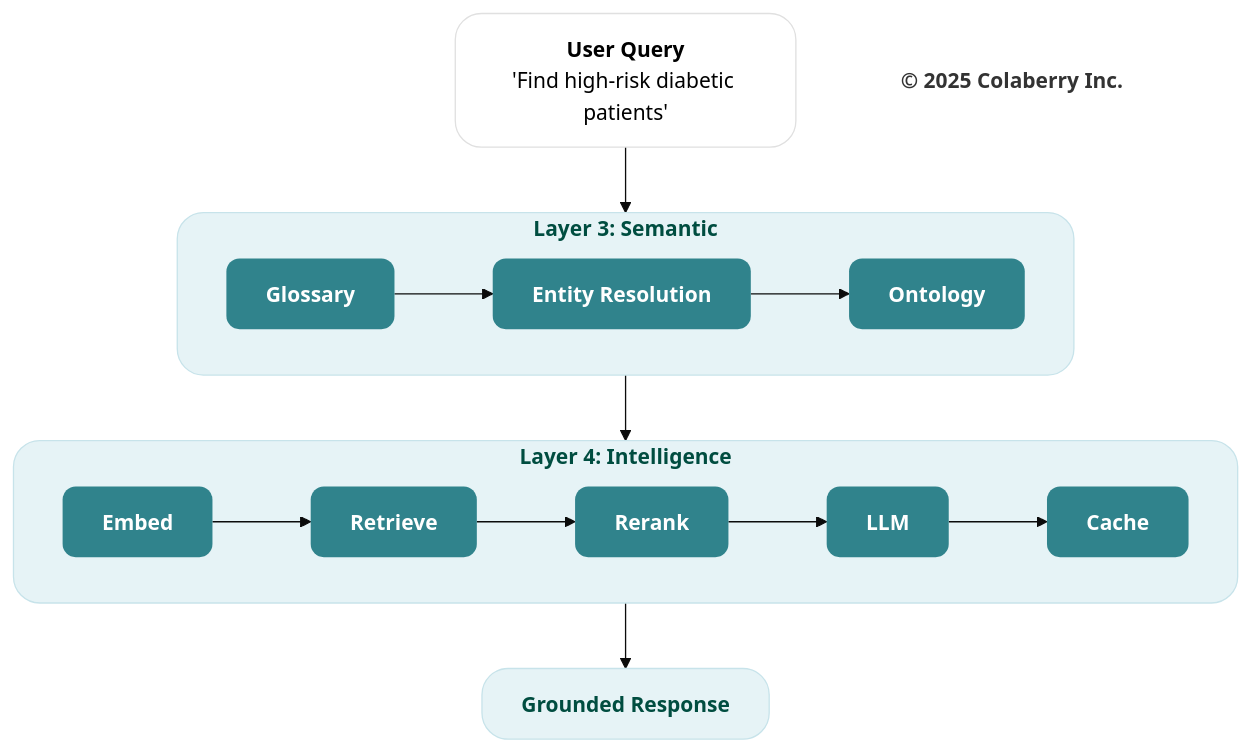
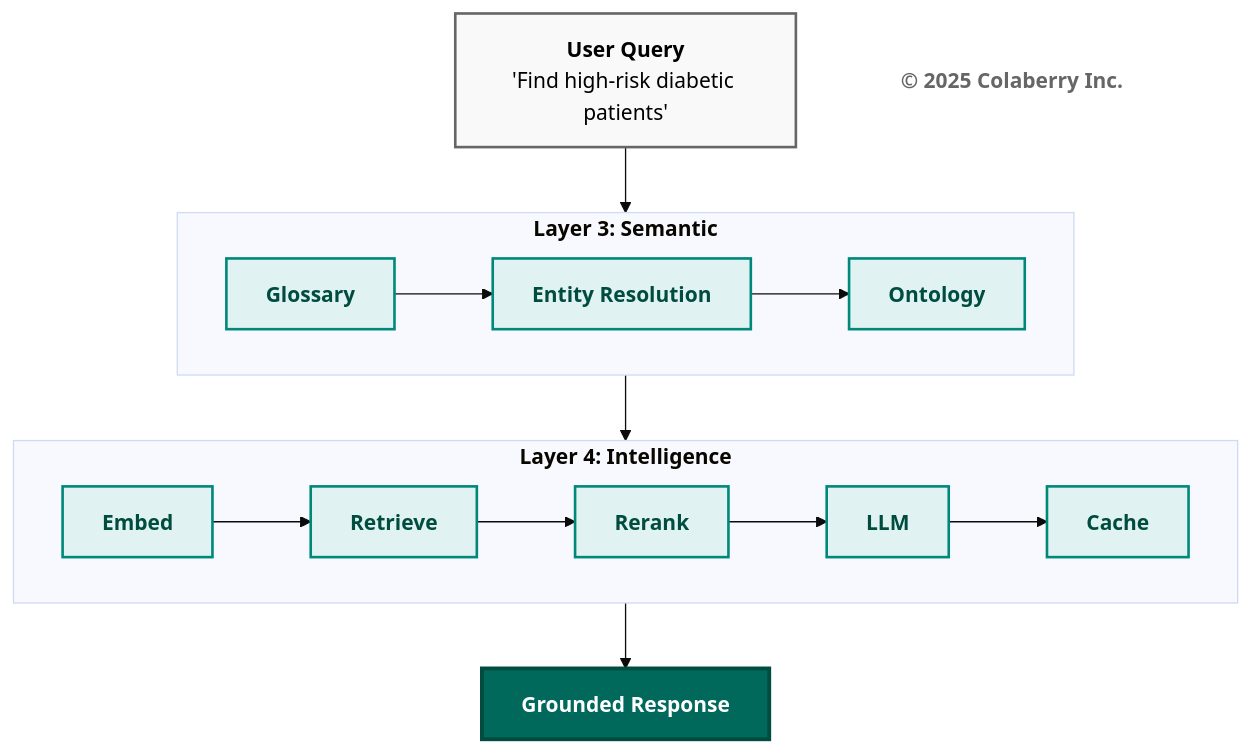
One commit to saitejesh-cyber/trust-before-intelligence-book changed diagram 13 of 13 in manuscript/06_chapter_5_intelligence_layers.md. Above: the diagram before and after it, drawn with Mermaid (base theme). The commit also changed other lines of this file and 12 other files, not shown here.

Commit message:
Restore legacy Mermaid styles for Option 1

````diff
--- a/manuscript/06_chapter_5_intelligence_layers.md
+++ b/manuscript/06_chapter_5_intelligence_layers.md
@@ -1203,36 +1190,34 @@
 ```mermaid
 graph TB
     USER["<b>User Query</b><br/>'Find high-risk diabetic patients'"]
     
     subgraph L3["<b>Layer 3: Semantic</b>"]
         direction LR
         GLOSS["<b>Glossary</b>"] --> ENTITY["<b>Entity Resolution</b>"] --> ONTO["<b>Ontology</b>"]
     end
     
     subgraph L4["<b>Layer 4: Intelligence</b>"]
         direction LR
         EMBED["<b>Embed</b>"] --> HYBRID["<b>Retrieve</b>"] --> RERANK["<b>Rerank</b>"] --> LLM["<b>LLM</b>"] --> CACHE["<b>Cache</b>"]
     end
     
     RESPONSE["<b>Grounded Response</b>"]
     
     USER --> L3
     L3 --> L4
     L4 --> RESPONSE
     
     Copyright["<b>© 2025 Colaberry Inc.</b>"]
     
-    style USER fill:#ffffff,stroke:#e0e0e0,stroke-width:1px,color:#000000,rx:20,ry:20
-    style GLOSS fill:#30838C,stroke:none,color:#ffffff,rx:10,ry:10
-    style ENTITY fill:#30838C,stroke:none,color:#ffffff,rx:10,ry:10
-    style ONTO fill:#30838C,stroke:none,color:#ffffff,rx:10,ry:10
-    style EMBED fill:#30838C,stroke:none,color:#ffffff,rx:10,ry:10
-    style HYBRID fill:#30838C,stroke:none,color:#ffffff,rx:10,ry:10
-    style RERANK fill:#30838C,stroke:none,color:#ffffff,rx:10,ry:10
-    style LLM fill:#30838C,stroke:none,color:#ffffff,rx:10,ry:10
-    style CACHE fill:#30838C,stroke:none,color:#ffffff,rx:10,ry:10
-    style RESPONSE fill:#e6f3f6,stroke:#c7e3ea,stroke-width:1px,color:#004d40,rx:20,ry:20
-    style Copyright fill:none,stroke:none,color:#333333
-    style L3 fill:#e6f3f6,stroke:#c7e3ea,stroke-width:1px,color:#004d40,rx:20,ry:20
-    style L4 fill:#e6f3f6,stroke:#c7e3ea,stroke-width:1px,color:#004d40,rx:20,ry:20
+    style USER fill:#f9f9f9,stroke:#666666,stroke-width:2px,color:#000000
+    style GLOSS fill:#e0f2f1,stroke:#00897b,stroke-width:2px,color:#004d40
+    style ENTITY fill:#e0f2f1,stroke:#00897b,stroke-width:2px,color:#004d40
+    style ONTO fill:#e0f2f1,stroke:#00897b,stroke-width:2px,color:#004d40
+    style EMBED fill:#e0f2f1,stroke:#00897b,stroke-width:2px,color:#004d40
+    style HYBRID fill:#e0f2f1,stroke:#00897b,stroke-width:2px,color:#004d40
+    style RERANK fill:#e0f2f1,stroke:#00897b,stroke-width:2px,color:#004d40
+    style LLM fill:#e0f2f1,stroke:#00897b,stroke-width:2px,color:#004d40
+    style CACHE fill:#e0f2f1,stroke:#00897b,stroke-width:2px,color:#004d40
+    style RESPONSE fill:#00695c,color:#ffffff,stroke:#004d40,stroke-width:3px
+    style Copyright fill:#ffffff,stroke:none,color:#666666
 ```
````
